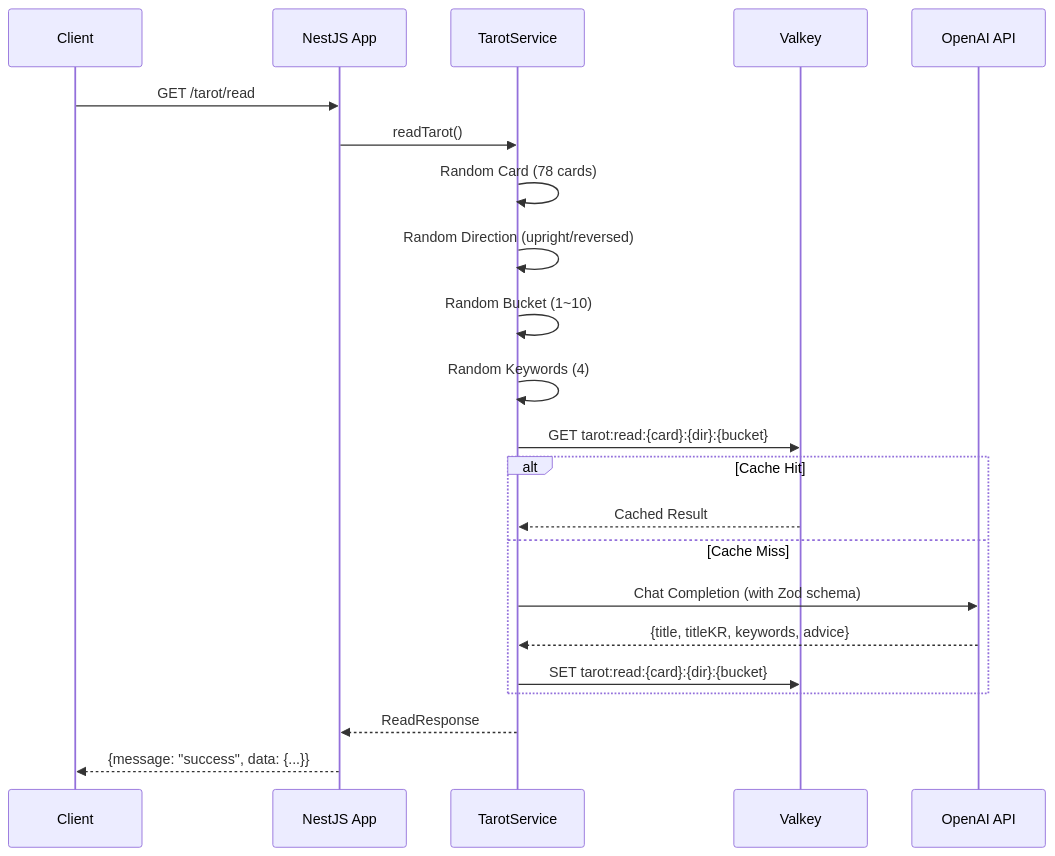
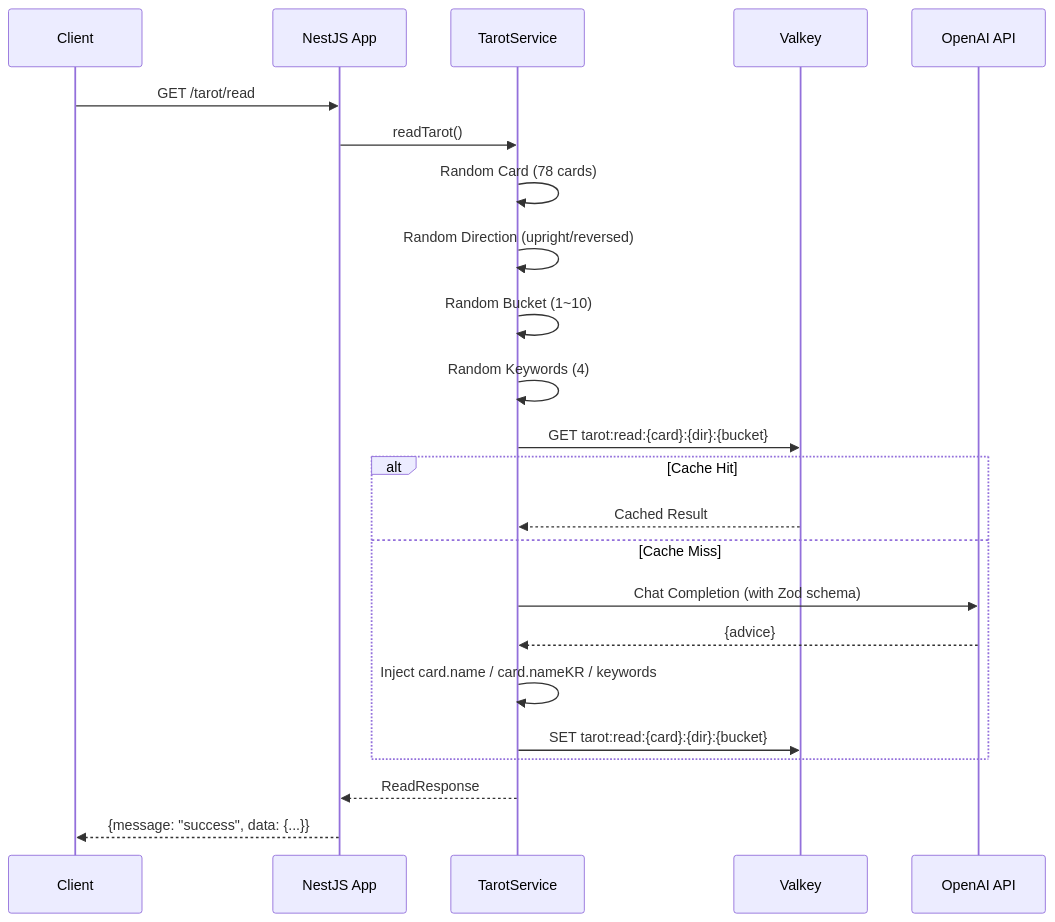
Before and after one commit to mandacode-labs/tarot-nest: the second of 2 diagrams in README.md, drawn with Mermaid. The commit also changed 5 other files, not shown here.

First line of the commit message:
refactor: remove title/titleKR from LLM response schema

````diff
--- a/README.md
+++ b/README.md
@@ -46,29 +46,30 @@
 ```mermaid
 sequenceDiagram
     participant Client
     participant App as NestJS App
     participant Service as TarotService
     participant Cache as Valkey
     participant AI as OpenAI API
 
     Client->>App: GET /tarot/read
     App->>Service: readTarot()
 
     Service->>Service: Random Card (78 cards)
     Service->>Service: Random Direction (upright/reversed)
     Service->>Service: Random Bucket (1~10)
     Service->>Service: Random Keywords (4)
 
     Service->>Cache: GET tarot:read:{card}:{dir}:{bucket}
 
     alt Cache Hit
         Cache-->>Service: Cached Result
     else Cache Miss
         Service->>AI: Chat Completion (with Zod schema)
-        AI-->>Service: {title, titleKR, keywords, advice}
+        AI-->>Service: {advice}
+        Service->>Service: Inject card.name / card.nameKR / keywords
         Service->>Cache: SET tarot:read:{card}:{dir}:{bucket}
     end
 
     Service-->>App: ReadResponse
     App-->>Client: {message: "success", data: {...}}
 ```
````
